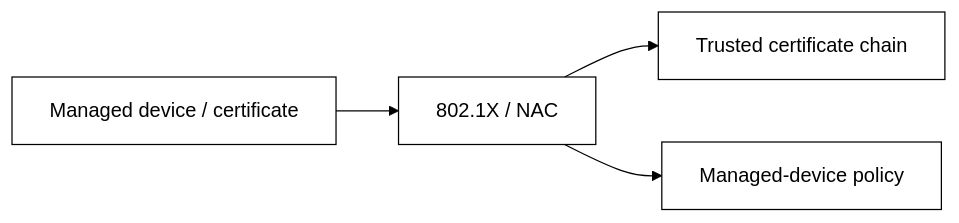
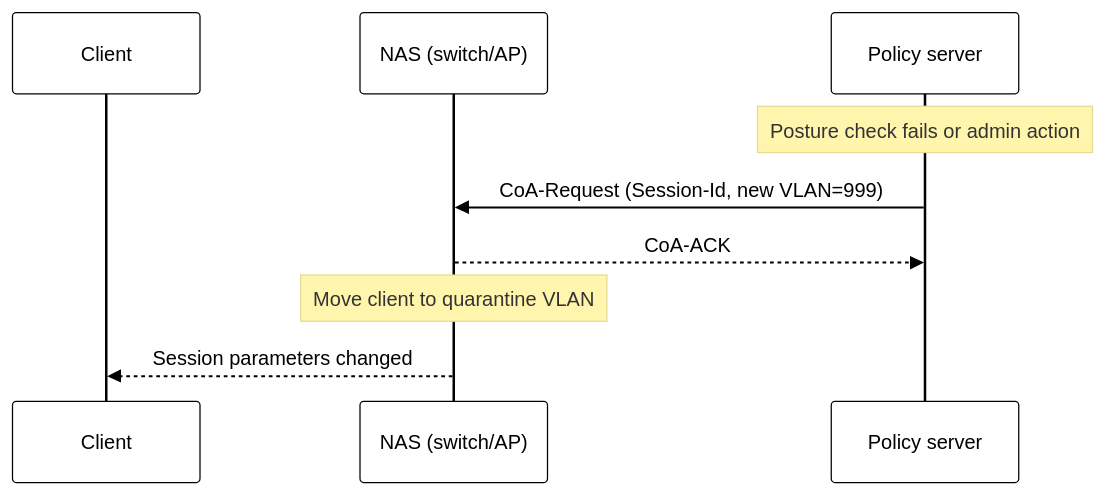
Diagram 12 of 32 in 03-network-access-control/03-network-access-control.md (cs-pub-ro/SRED-lectures), drawn with Mermaid before and after one commit. The commit also changed other lines of this file, not shown here.

First line of the commit message:
Lecture 03: comprehensive NAC + wireless security content

````diff
--- a/03-network-access-control/03-network-access-control.md
+++ b/03-network-access-control/03-network-access-control.md
@@ -263,7 +485,12 @@
 ```mermaid
 %%{init: {'theme': 'base', 'themeVariables': {'primaryColor': '#ffffff', 'primaryBorderColor': '#000000', 'primaryTextColor': '#000000', 'lineColor': '#000000'}}}%%
-flowchart LR
-  DEV["Managed device / certificate"] --> NAC["802.1X / NAC"]
-  NAC --> CA["Trusted certificate chain"]
-  NAC --> POL["Managed-device policy"]
+sequenceDiagram
+  participant C as Client
+  participant N as NAS (switch/AP)
+  participant P as Policy server
+  Note over P: Posture check fails or admin action
+  P->>N: CoA-Request (Session-Id, new VLAN=999)
+  N-->>P: CoA-ACK
+  Note over N: Move client to quarantine VLAN
+  N-->>C: Session parameters changed
 ```
````
